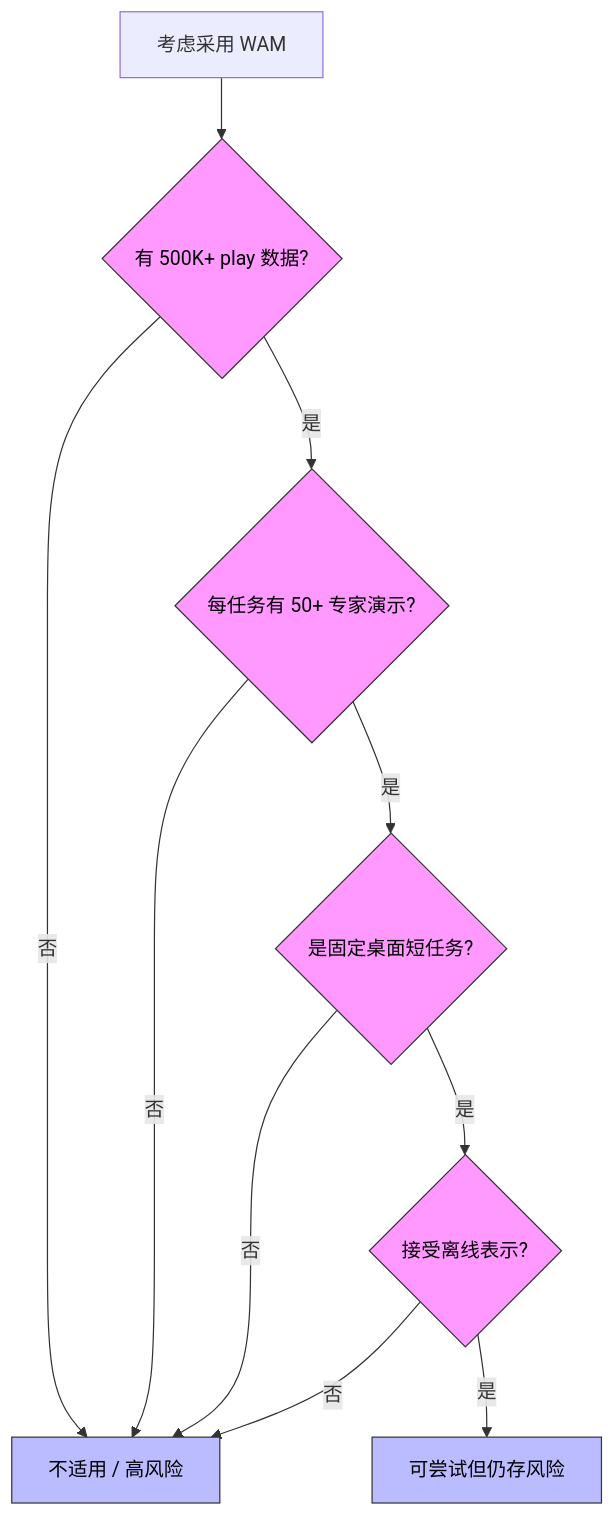
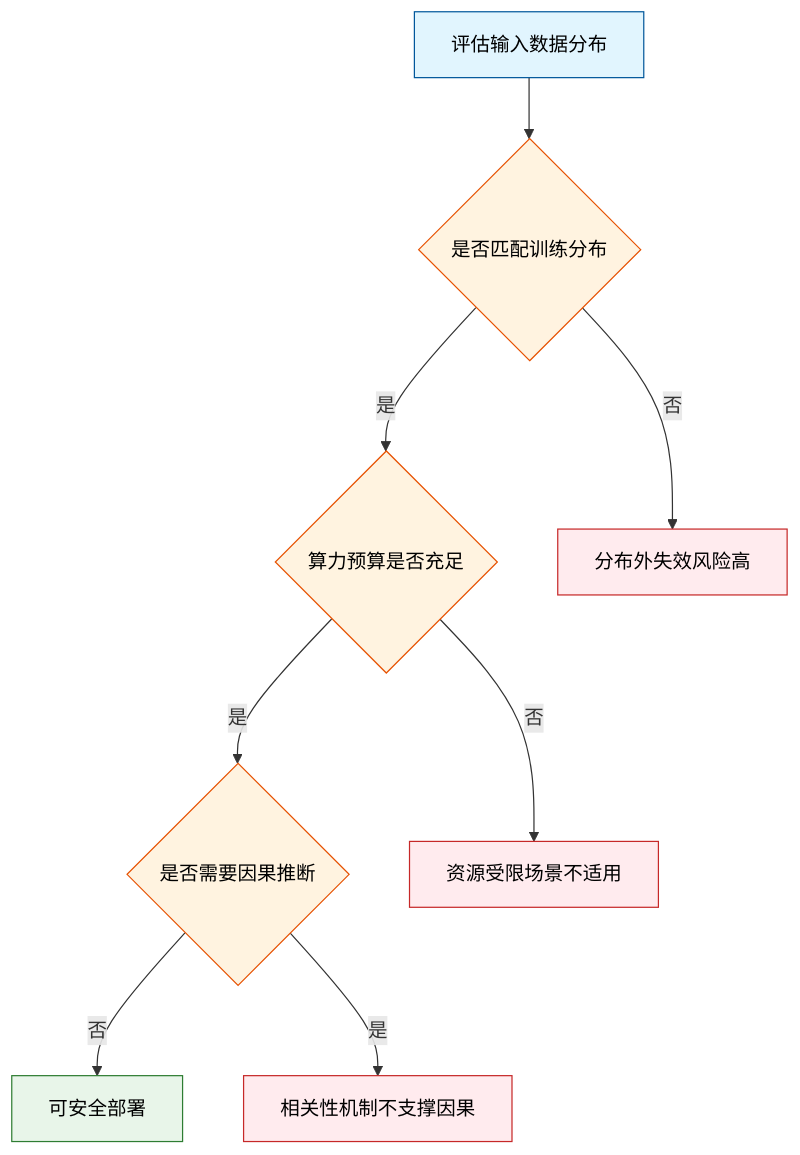
The ninth of 10 diagrams in person_vault/2026-06-08_EnhancingPolicyLearningWithWorldActionModel_2603.28955/report.md (ShinewineW/paper-rolling), drawn with Mermaid before and after one commit. The commit also changed other lines of this file and 300 other files, not shown here.

````diff
--- a/person_vault/2026-06-08_EnhancingPolicyLearningWithWorldActionModel_2603.28955/report.md
+++ b/person_vault/2026-06-08_EnhancingPolicyLearningWithWorldActionModel_2603.28955/report.md
@@ -468,17 +429,15 @@
 ```mermaid
-flowchart TB
-    start["考虑采用 WAM"] --> data_play{有 500K+ play 数据?}
-    data_play -- 否 --> not_ready["不适用 / 高风险"]
-    data_play -- 是 --> expert{每任务有 50+ 专家演示?}
-    expert -- 否 --> not_ready
-    expert -- 是 --> task_scope{是固定桌面短任务?}
-    task_scope -- 否 --> not_ready
-    task_scope -- 是 --> offline{接受离线表示?}
-    offline -- 否 --> not_ready
-    offline -- 是 --> try["可尝试但仍存风险"]
+flowchart TD
+    classDef start fill:#e1f5fe,stroke:#01579b,color:#000;
+    classDef decision fill:#fff3e0,stroke:#e65100,color:#000;
+    classDef pass fill:#e8f5e9,stroke:#2e7d32,color:#000;
+    classDef fail fill:#ffebee,stroke:#c62828,color:#000;
     
-    classDef decision fill:#f9f,stroke:#333,color:#000
-    classDef endpoint fill:#bbf,stroke:#333,color:#000
-    class data_play,expert,task_scope,offline decision
-    class not_ready,try endpoint
+    start_eval["评估输入数据分布"]:::start --> check_dist{是否匹配训练分布}:::decision
+    check_dist -->|是| check_compute{算力预算是否充足}:::decision
+    check_dist -->|否| fail_ood["分布外失效风险高"]:::fail
+    check_compute -->|是| check_causal{是否需要因果推断}:::decision
+    check_compute -->|否| fail_resource["资源受限场景不适用"]:::fail
+    check_causal -->|否| pass["可安全部署"]:::pass
+    check_causal -->|是| fail_causal["相关性机制不支撑因果"]:::fail
 ```
````
